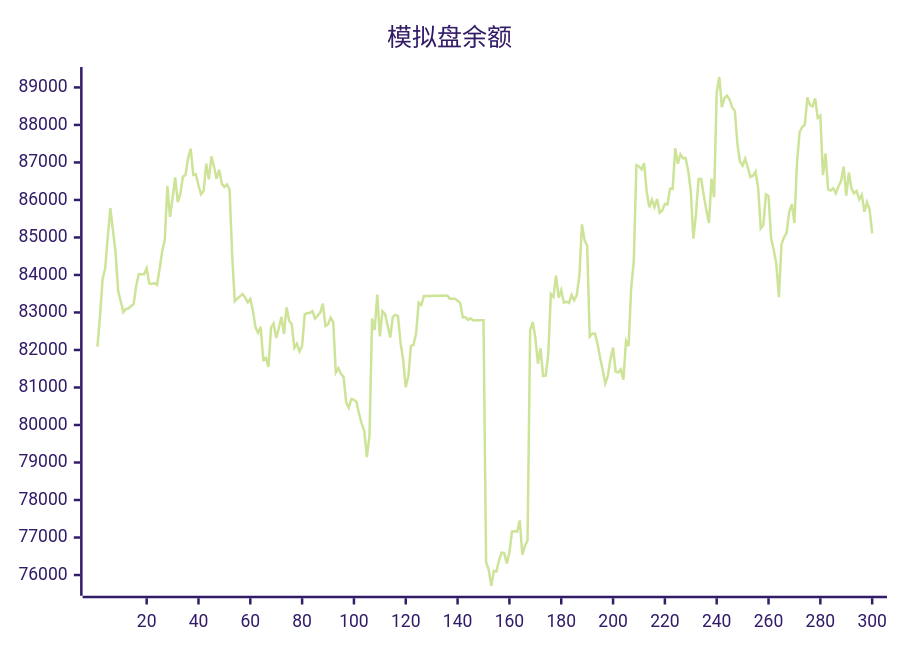
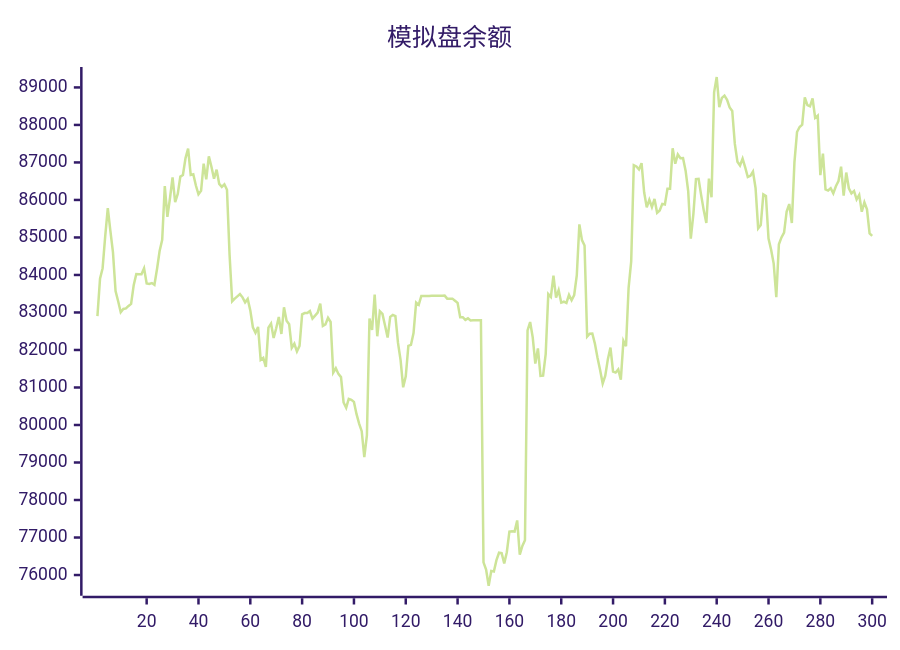
Before and after one commit to aahl/ai-trading: the diagram in README.md, drawn with Mermaid (forest theme). The commit also changed other lines of this file and 1 other file, not shown here.

````diff
--- a/README.md
+++ b/README.md
@@ -5,5 +5,5 @@
 ```mermaid
 xychart
     title "模拟盘余额"
-    line [82092,82901,83898,84180,85030,85781,85178,84604,83569,83298,83008,83093,83107,83175,83228,83729,84025,84017,84019,84177,83775,83762,83785,83738,84160,84639,84939,86370,85548,86046,86599,85942,86161,86622,86664,87115,87369,86666,86685,86384,86152,86243,86969,86548,87164,86885,86566,86809,86427,86348,86417,86273,84538,83299,83369,83430,83490,83404,83270,83362,83056,82605,82459,82614,81734,81788,81551,82598,82702,82320,82580,82878,82426,83139,82778,82686,82056,82166,81963,82110,82951,82983,82984,83038,82838,82915,82998,83235,82642,82682,82858,82746,81396,81512,81362,81277,80600,80461,80699,80673,80616,80288,80038,79836,79142,79722,82837,82533,83480,82366,83032,82960,82654,82330,82883,82934,82901,82188,81728,81005,81298,82110,82135,82449,83264,83203,83440,83439,83440,83440,83446,83447,83448,83447,83448,83449,83369,83369,83369,83313,83256,82872,82873,82801,82844,82785,82791,82791,82793,82794,76339,76145,75714,76110,76096,76397,76594,76585,76310,76607,77160,77170,77160,77456,76541,76774,76927,82520,82744,82337,81639,82040,81307,81314,81887,83490,83414,83984,83396,83594,83261,83287,83253,83470,83327,83465,83987,85348,84930,84786,82355,82433,82438,82167,81795,81466,81105,81315,81756,82064,81426,81398,81481,81210,82242,82099,83658,84359,86925,86892,86814,86980,86203,85802,86003,85811,86028,85657,85721,85896,85880,86300,86299,87378,86965,87214,87115,87118,86780,86238,84966,85623,86555,86562,86129,85722,85387,86569,86070,88870,89278,88477,88720,88781,88668,88467,88372,87493,87018,86917,87102,86870,86613,86644,86758,86317,85242,85334,86149,86106,84968,84671,84302,83410,84816,85001,85127,85693,85891,85384,87001,87811,87945,88007,88734,88528,88495,88705,88189,88248,86662,87234,86279,86251,86314,86177,86364,86503,86886,86114,86731,86310,86176,86240,86017,86136,85685,85938,85749,85111]
+    line [82901,83898,84180,85030,85781,85178,84604,83569,83298,83008,83093,83107,83175,83228,83729,84025,84017,84019,84177,83775,83762,83785,83738,84160,84639,84939,86370,85548,86046,86599,85942,86161,86622,86664,87115,87369,86666,86685,86384,86152,86243,86969,86548,87164,86885,86566,86809,86427,86348,86417,86273,84538,83299,83369,83430,83490,83404,83270,83362,83056,82605,82459,82614,81734,81788,81551,82598,82702,82320,82580,82878,82426,83139,82778,82686,82056,82166,81963,82110,82951,82983,82984,83038,82838,82915,82998,83235,82642,82682,82858,82746,81396,81512,81362,81277,80600,80461,80699,80673,80616,80288,80038,79836,79142,79722,82837,82533,83480,82366,83032,82960,82654,82330,82883,82934,82901,82188,81728,81005,81298,82110,82135,82449,83264,83203,83440,83439,83440,83440,83446,83447,83448,83447,83448,83449,83369,83369,83369,83313,83256,82872,82873,82801,82844,82785,82791,82791,82793,82794,76339,76145,75714,76110,76096,76397,76594,76585,76310,76607,77160,77170,77160,77456,76541,76774,76927,82520,82744,82337,81639,82040,81307,81314,81887,83490,83414,83984,83396,83594,83261,83287,83253,83470,83327,83465,83987,85348,84930,84786,82355,82433,82438,82167,81795,81466,81105,81315,81756,82064,81426,81398,81481,81210,82242,82099,83658,84359,86925,86892,86814,86980,86203,85802,86003,85811,86028,85657,85721,85896,85880,86300,86299,87378,86965,87214,87115,87118,86780,86238,84966,85623,86555,86562,86129,85722,85387,86569,86070,88870,89278,88477,88720,88781,88668,88467,88372,87493,87018,86917,87102,86870,86613,86644,86758,86317,85242,85334,86149,86106,84968,84671,84302,83410,84816,85001,85127,85693,85891,85384,87001,87811,87945,88007,88734,88528,88495,88705,88189,88248,86662,87234,86279,86251,86314,86177,86364,86503,86886,86114,86731,86310,86176,86240,86017,86136,85685,85938,85749,85111,85044]
 ```
````
